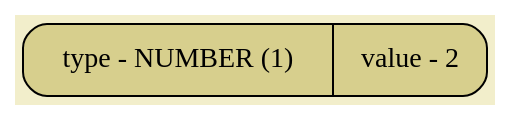
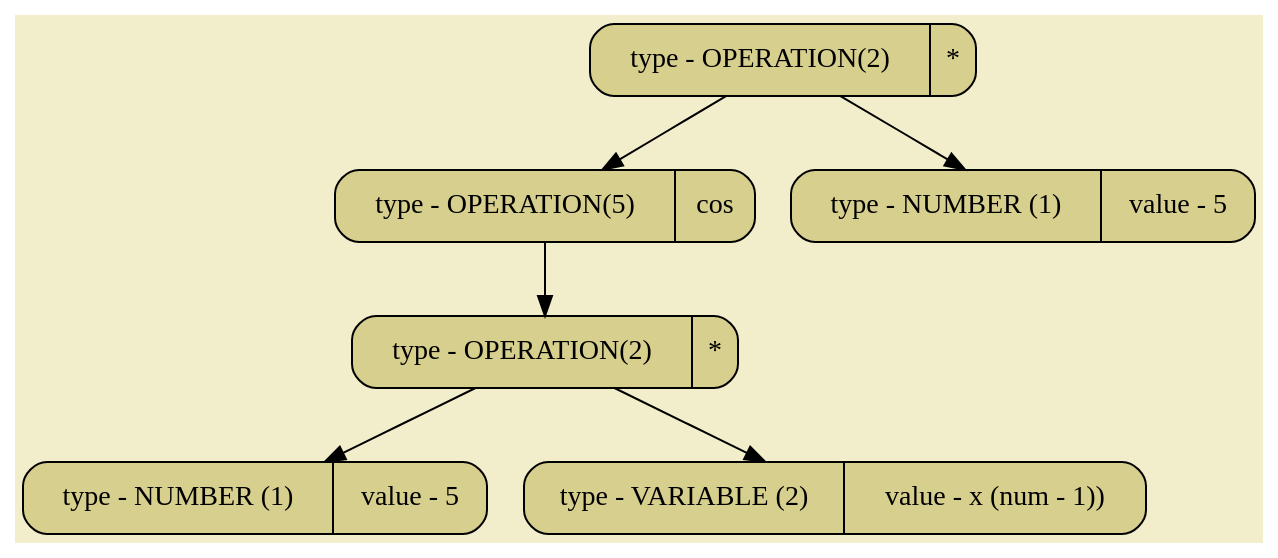
Before and after one commit to SashaKhaytina/Differenciator: the diagram in pictures/image03.dot, drawn with Graphviz. The commit also changed 15 other files, not shown here.

```diff
--- a/pictures/image03.dot
+++ b/pictures/image03.dot
@@ -1,6 +1,16 @@
 digraph
 {
 bgcolor="#F2EECB";
 rankdir = TB;
-POINT_0x5afa228ccbe0[shape=Mrecord, label = "type - NUMBER (1) | value - 2", style="filled",fillcolor="#D7CF8D"]
+POINT_0x5d3442d6cee0[shape=Mrecord, label = "type - OPERATION(2) | *", style="filled",fillcolor="#D7CF8D"]
+POINT_0x5d3442d6cec0[shape=Mrecord, label = "type - OPERATION(5) | cos", style="filled",fillcolor="#D7CF8D"]
+POINT_0x5d3442d6cea0[shape=Mrecord, label = "type - OPERATION(2) | *", style="filled",fillcolor="#D7CF8D"]
+POINT_0x5d3442d6ce80[shape=Mrecord, label = "type - NUMBER (1) | value - 5", style="filled",fillcolor="#D7CF8D"]
+POINT_0x5d3442d6ce60[shape=Mrecord, label = "type - VARIABLE (2) | value - x (num - 1))", style="filled",fillcolor="#D7CF8D"]
+POINT_0x5d3442d6ce40[shape=Mrecord, label = "type - NUMBER (1) | value - 5", style="filled",fillcolor="#D7CF8D"]
+POINT_0x5d3442d6cee0 -> POINT_0x5d3442d6cec0
+POINT_0x5d3442d6cee0 -> POINT_0x5d3442d6ce40
+POINT_0x5d3442d6cec0 -> POINT_0x5d3442d6cea0
+POINT_0x5d3442d6cea0 -> POINT_0x5d3442d6ce80
+POINT_0x5d3442d6cea0 -> POINT_0x5d3442d6ce60
 }
```
